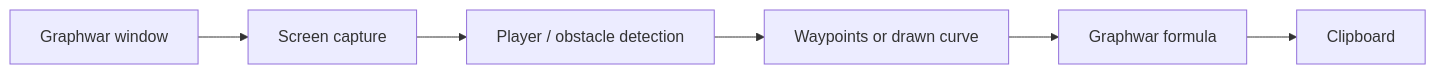
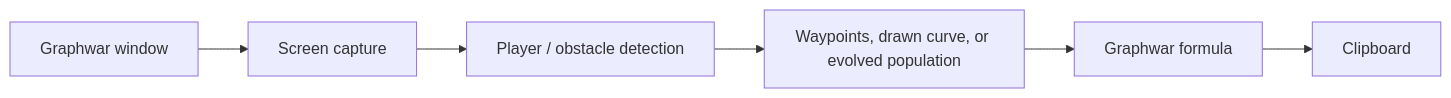
The first of 2 diagrams in README.md (KroSheChKa/GraphBot), drawn with Mermaid before and after one commit. The commit also changed other lines of this file and 12 other files, not shown here.

````diff
--- a/README.md
+++ b/README.md
@@ -153,8 +155,8 @@
 ```mermaid
 flowchart LR
   GW[Graphwar window] --> CAP[Screen capture]
   CAP --> DET[Player / obstacle detection]
-  DET --> PATH[Waypoints or drawn curve]
+  DET --> PATH[Waypoints, drawn curve, or evolved population]
   PATH --> FMT[Graphwar formula]
   FMT --> CLIP[Clipboard]
 ```
````
